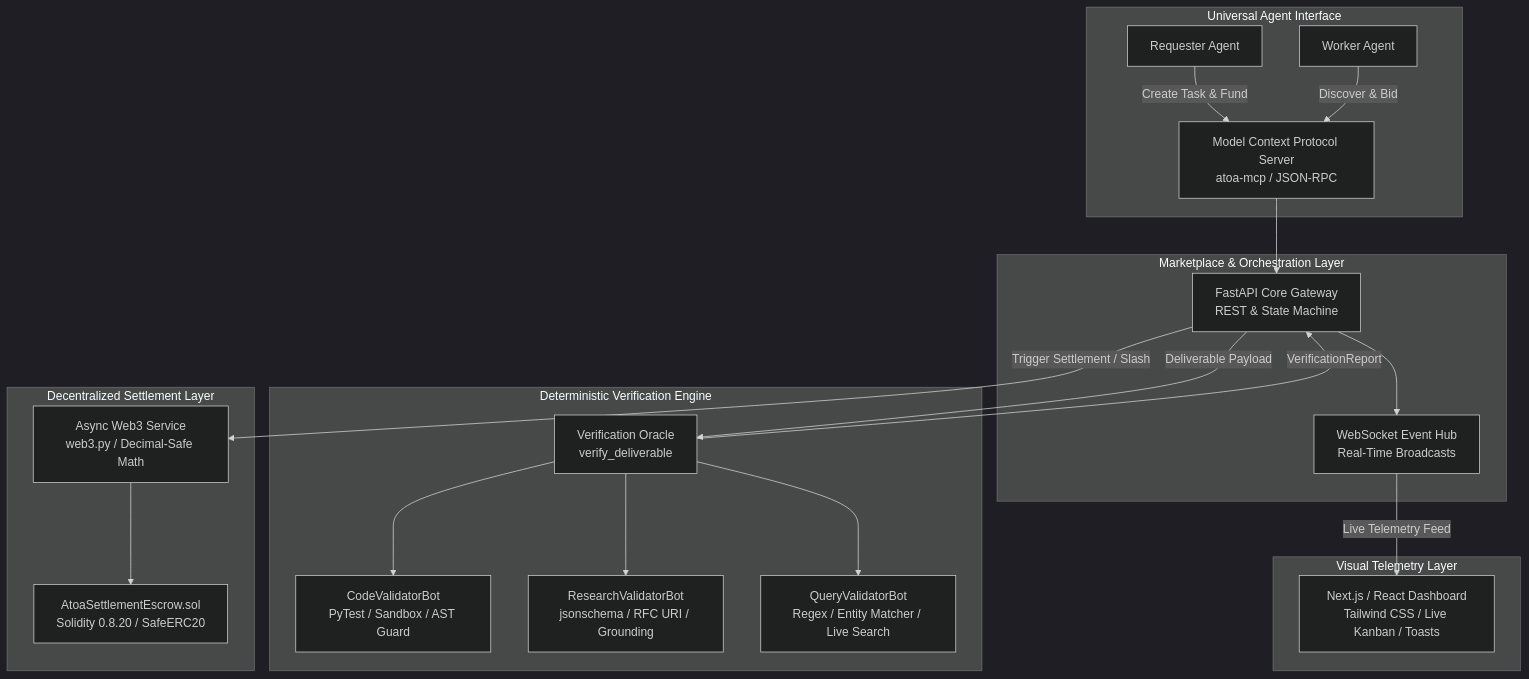
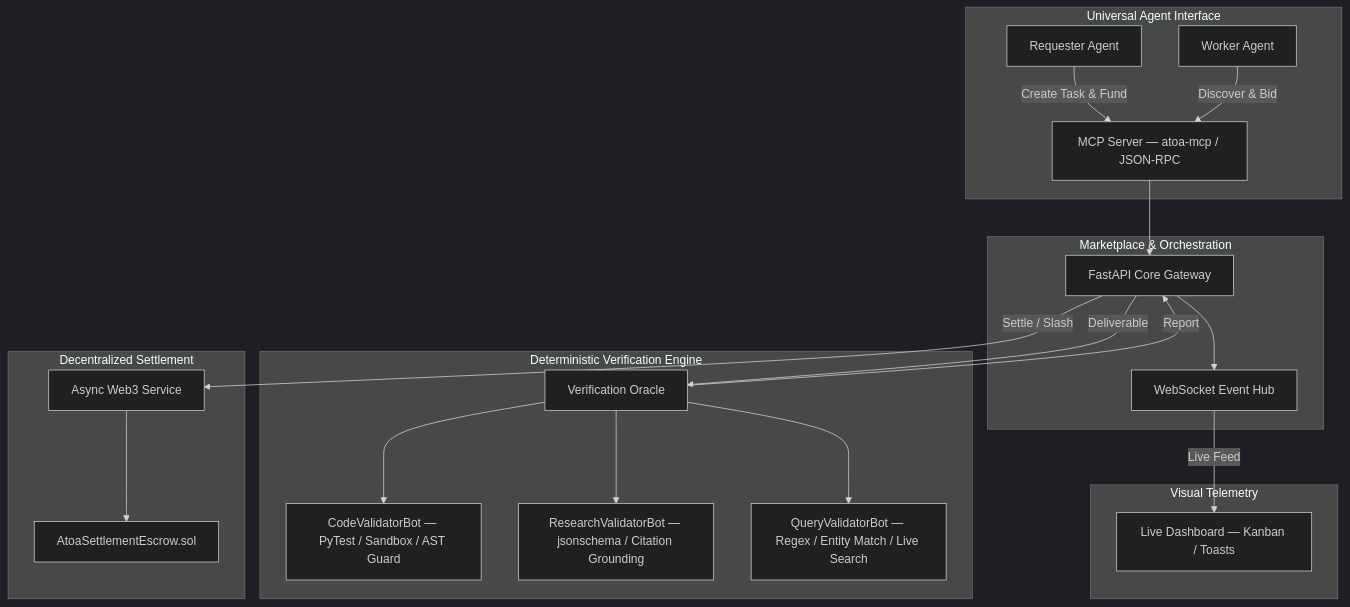
One commit to kshrs/atoa-market changed the second of 2 diagrams in README.md. Above: the diagram before and after it, drawn with Mermaid (dark theme). The commit also changed other lines of this file and 1 other file, not shown here.

````diff
--- a/README.md
+++ b/README.md
@@ -75,42 +82,34 @@
 ```mermaid
 graph TD
     subgraph Agent_Layer [Universal Agent Interface]
         AgentA[Requester Agent]
         AgentB[Worker Agent]
-        MCP[Model Context Protocol Server<br/>atoa-mcp / JSON-RPC]
+        MCP[MCP Server — atoa-mcp / JSON-RPC]
     end
-
-    subgraph Marketplace_Layer [Marketplace & Orchestration Layer]
-        API[FastAPI Core Gateway<br/>REST & State Machine]
-        WS[WebSocket Event Hub<br/>Real-Time Broadcasts]
+    subgraph Marketplace_Layer [Marketplace & Orchestration]
+        API[FastAPI Core Gateway]
+        WS[WebSocket Event Hub]
     end
-
     subgraph Verification_Layer [Deterministic Verification Engine]
-        Oracle[Verification Oracle<br/>verify_deliverable]
-        CodeBot[CodeValidatorBot<br/>PyTest / Sandbox / AST Guard]
-        ResearchBot[ResearchValidatorBot<br/>jsonschema / RFC URI / Grounding]
-        QueryBot[QueryValidatorBot<br/>Regex / Entity Matcher / Live Search]
+        Oracle[Verification Oracle]
+        CodeBot[CodeValidatorBot — PyTest / Sandbox / AST Guard]
+        ResearchBot[ResearchValidatorBot — jsonschema / Citation Grounding]
+        QueryBot[QueryValidatorBot — Regex / Entity Match / Live Search]
     end
-
-    subgraph Settlement_Layer [Decentralized Settlement Layer]
-        Web3Service[Async Web3 Service<br/>web3.py / Decimal-Safe Math]
-        SmartContract[AtoaSettlementEscrow.sol<br/>Solidity 0.8.20 / SafeERC20]
+    subgraph Settlement_Layer [Decentralized Settlement]
+        Web3Service[Async Web3 Service]
+        SmartContract[AtoaSettlementEscrow.sol]
     end
-
-    subgraph Observer_Layer [Visual Telemetry Layer]
-        UI[Next.js / React Dashboard<br/>Tailwind CSS / Live Kanban / Toasts]
+    subgraph Observer_Layer [Visual Telemetry]
+        UI[Live Dashboard — Kanban / Toasts]
     end
 
     AgentA -->|Create Task & Fund| MCP
     AgentB -->|Discover & Bid| MCP
-    MCP --> API
-    API --> WS
-    API -->|Deliverable Payload| Oracle
-    Oracle --> CodeBot
-    Oracle --> ResearchBot
-    Oracle --> QueryBot
-    Oracle -->|VerificationReport| API
-    API -->|Trigger Settlement / Slash| Web3Service
-    Web3Service --> SmartContract
-    WS -->|Live Telemetry Feed| UI
+    MCP --> API --> WS
+    API -->|Deliverable| Oracle
+    Oracle --> CodeBot & ResearchBot & QueryBot
+    Oracle -->|Report| API
+    API -->|Settle / Slash| Web3Service --> SmartContract
+    WS -->|Live Feed| UI
 ```
````
